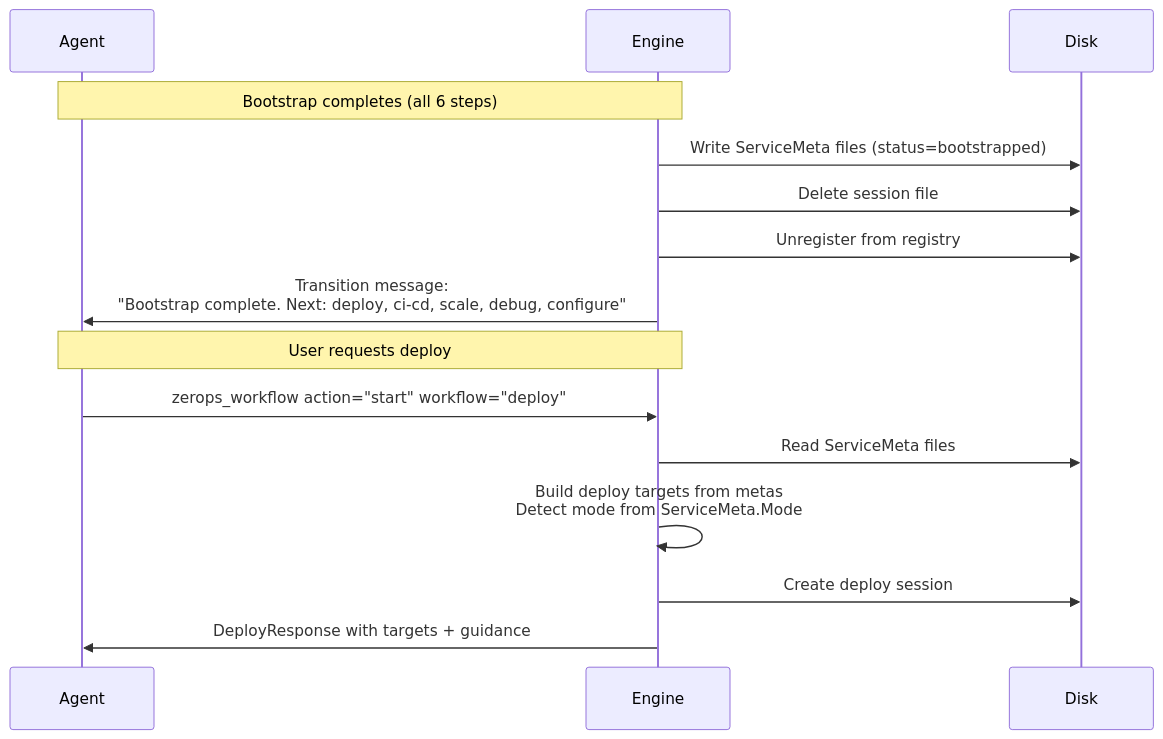
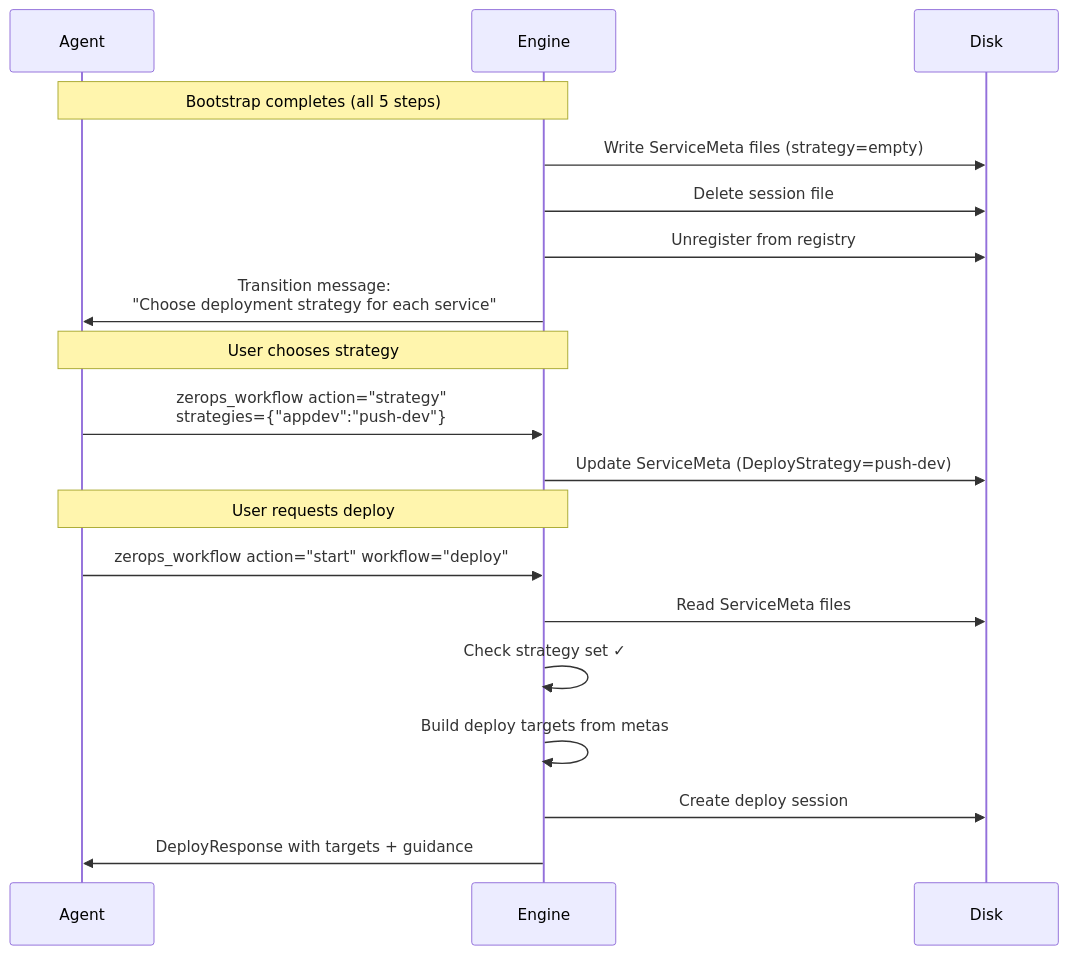
One commit to zeropsio/zcp changed the seventh of 8 diagrams in docs/spec-bootstrap-deploy.md. Above: the diagram before and after it, drawn with Mermaid. The commit also changed other lines of this file and 1 other file, not shown here.

First line of the commit message:
docs: update spec to 5-step bootstrap, add strategy gate, simplify plan

````diff
--- a/docs/spec-bootstrap-deploy.md
+++ b/docs/spec-bootstrap-deploy.md
@@ -812,19 +751,24 @@
 ```mermaid
 sequenceDiagram
     participant Agent
     participant Engine
     participant Disk
 
-    Note over Agent,Engine: Bootstrap completes (all 6 steps)
-    Engine->>Disk: Write ServiceMeta files (status=bootstrapped)
+    Note over Agent,Engine: Bootstrap completes (all 5 steps)
+    Engine->>Disk: Write ServiceMeta files (strategy=empty)
     Engine->>Disk: Delete session file
     Engine->>Disk: Unregister from registry
-    Engine->>Agent: Transition message:<br/>"Bootstrap complete. Next: deploy, ci-cd, scale, debug, configure"
+    Engine->>Agent: Transition message:<br/>"Choose deployment strategy for each service"
+
+    Note over Agent,Engine: User chooses strategy
+    Agent->>Engine: zerops_workflow action="strategy"<br/>strategies={"appdev":"push-dev"}
+    Engine->>Disk: Update ServiceMeta (DeployStrategy=push-dev)
 
     Note over Agent,Engine: User requests deploy
     Agent->>Engine: zerops_workflow action="start" workflow="deploy"
     Engine->>Disk: Read ServiceMeta files
-    Engine->>Engine: Build deploy targets from metas<br/>Detect mode from ServiceMeta.Mode
+    Engine->>Engine: Check strategy set ✓
+    Engine->>Engine: Build deploy targets from metas
     Engine->>Disk: Create deploy session
     Engine->>Agent: DeployResponse with targets + guidance
 ```
````
